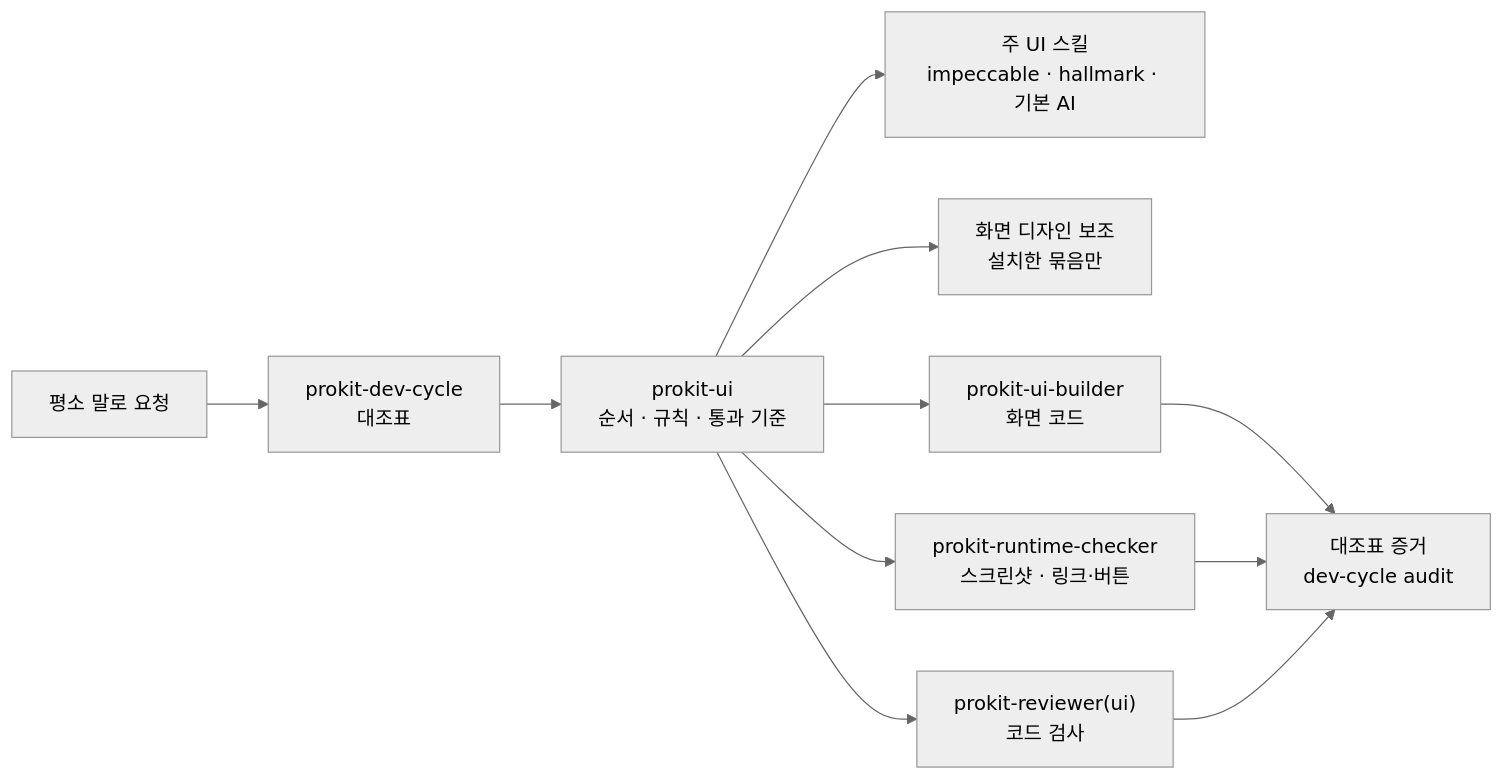
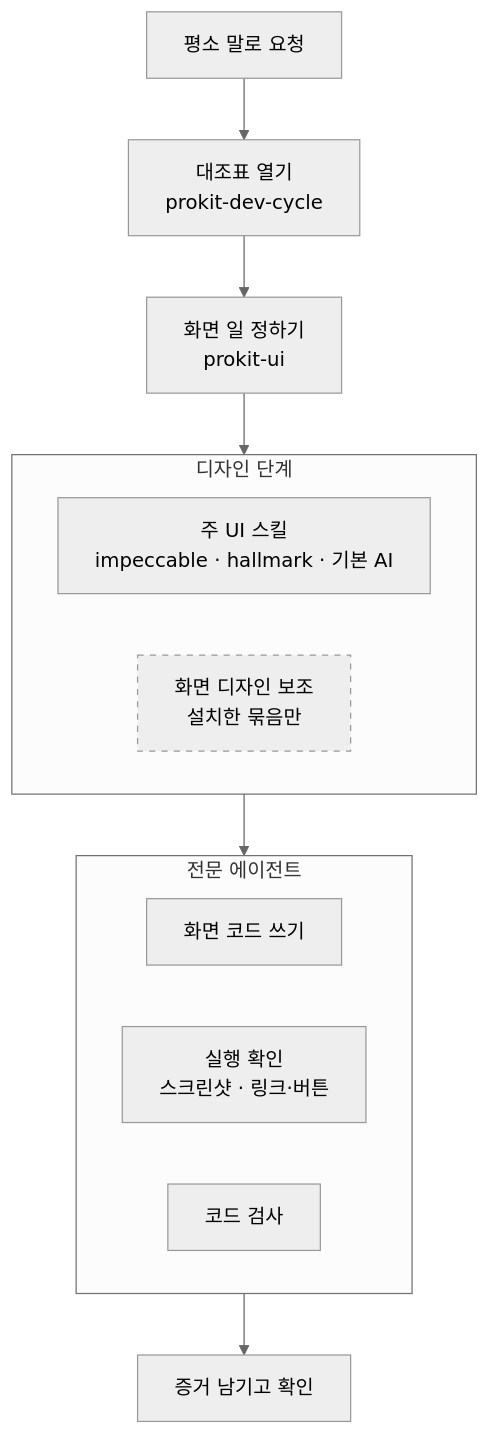
The second of 2 diagrams in handbook/design/ui-skillset.md (roadkwon-ai/pro-kit), drawn with Mermaid (neutral theme) before and after one commit. The commit also changed other lines of this file and 2 other files, not shown here.

Commit message:
docs: UI 도식을 본문 폭 안의 세로 흐름으로 바꾸고 ui-skillset 도식을 평소 말로 고침
- 흐름도, 구조도, UI 스킬별 흐름도 3개, 보조 단계 도식을 세로 흐름으로 바꿔 모두 842px 안에 들어오게 함
- 낱말 중간 줄바꿈을 줄이려 긴 도식에 wrappingWidth 설정을 넣음
- ui-skillset 고르기·바꾸기 도식의 입구 둘을 나란히 두고 한 방향으로 흐르게 하고, 설명 문장을 앞에 둠
- ui-skillset 구조 요약을 디자인 단계와 전문 에이전트 두 묶음으로 나누고 선택인 보조를 점선으로 표시함

````diff
--- a/handbook/design/ui-skillset.md
+++ b/handbook/design/ui-skillset.md
@@ -89,13 +93,24 @@
 ```mermaid
-flowchart LR
-  REQ["평소 말로 요청"] --> DC["prokit-dev-cycle<br/>대조표"]
-  DC --> UI["prokit-ui<br/>순서 · 규칙 · 통과 기준"]
-  UI --> SK["주 UI 스킬<br/>impeccable · hallmark · 기본 AI"]
-  UI --> AD["화면 디자인 보조<br/>설치한 묶음만"]
-  UI --> B["prokit-ui-builder<br/>화면 코드"]
-  UI --> RC["prokit-runtime-checker<br/>스크린샷 · 링크·버튼"]
-  UI --> RV["prokit-reviewer(ui)<br/>코드 검사"]
-  B --> EV["대조표 증거<br/>dev-cycle audit"]
-  RC --> EV
-  RV --> EV
+---
+config:
+  flowchart:
+    wrappingWidth: 300
+---
+flowchart TB
+  REQ["평소 말로 요청"] --> DC["대조표 열기<br/>prokit-dev-cycle"]
+  DC --> UI["화면 일 정하기<br/>prokit-ui"]
+  UI --> DS
+  subgraph DS["디자인 단계"]
+    SK["주 UI 스킬<br/>impeccable · hallmark · 기본 AI"]
+    AD["화면 디자인 보조<br/>설치한 묶음만"]
+  end
+  DS --> AG
+  subgraph AG["전문 에이전트"]
+    B["화면 코드 쓰기"]
+    RC["실행 확인<br/>스크린샷 · 링크·버튼"]
+    RV["코드 검사"]
+  end
+  AG --> EV["증거 남기고 확인"]
+  classDef opt stroke-dasharray: 5 5
+  class AD opt
 ```
````
